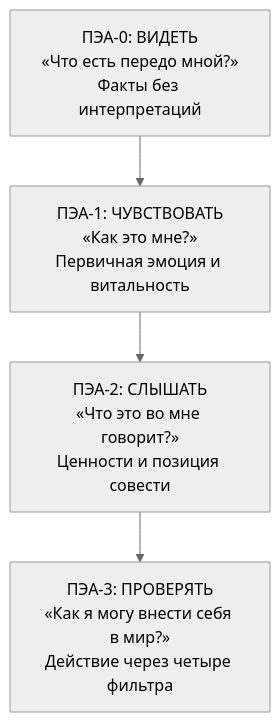
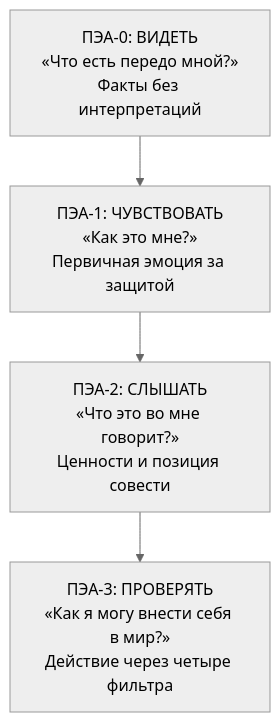
The diagram in content/articles/techniques/metod-pea-lengle-ot-perezhivaniya-k-dejstviyu.mdx (becasualle/vimutti), drawn with Mermaid (neutral theme) before and after one commit. The commit also changed other lines of this file and 6 other files, not shown here.

````diff
--- a/content/articles/techniques/metod-pea-lengle-ot-perezhivaniya-k-dejstviyu.mdx
+++ b/content/articles/techniques/metod-pea-lengle-ot-perezhivaniya-k-dejstviyu.mdx
@@ -33,6 +42,6 @@
 ```mermaid
 graph TD
-    S0["ПЭА-0: ВИДЕТЬ<br/>«Что есть передо мной?»<br/>Факты без интерпретаций"] --> S1["ПЭА-1: ЧУВСТВОВАТЬ<br/>«Как это мне?»<br/>Первичная эмоция и витальность"]
+    S0["ПЭА-0: ВИДЕТЬ<br/>«Что есть передо мной?»<br/>Факты без интерпретаций"] --> S1["ПЭА-1: ЧУВСТВОВАТЬ<br/>«Как это мне?»<br/>Первичная эмоция за защитой"]
     S1 --> S2["ПЭА-2: СЛЫШАТЬ<br/>«Что это во мне говорит?»<br/>Ценности и позиция совести"]
     S2 --> S3["ПЭА-3: ПРОВЕРЯТЬ<br/>«Как я могу внести себя в мир?»<br/>Действие через четыре фильтра"]
 ```
````
